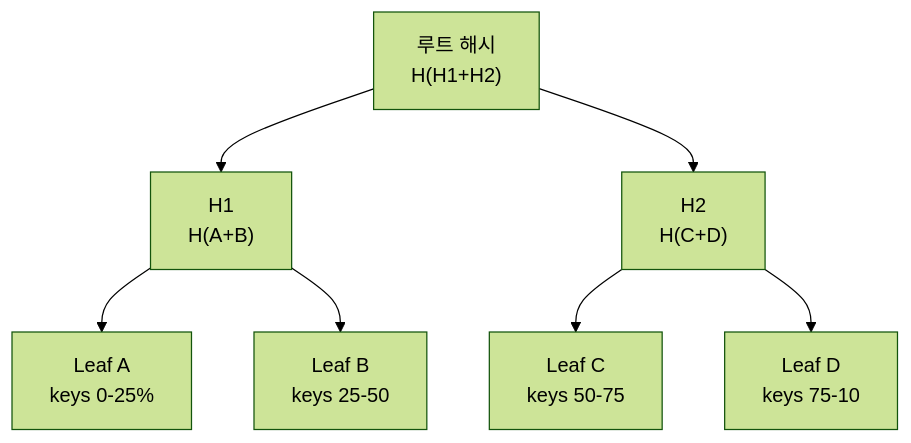
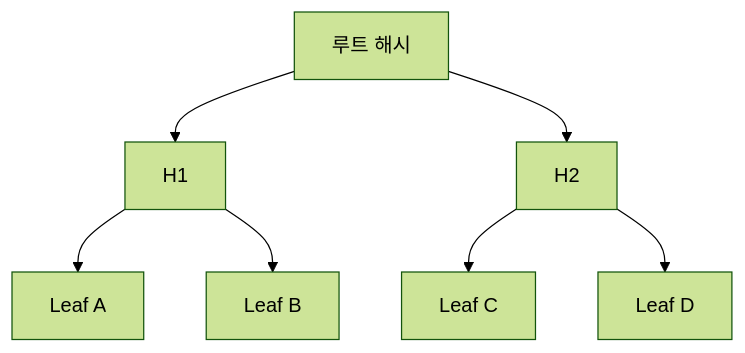
One commit to yjkim2015/yjkim2015.github.io changed the fourth of 8 diagrams in _posts/systemdesign/2026-05-03-system-design-kv-store.md. Above: the diagram before and after it, drawn with Mermaid (forest theme). The commit also changed other lines of this file and 217 other files, not shown here.

First line of the commit message:
Mermaid 크기 수정: useMaxWidth:true + SVG max-width:100% + 라벨 축소

````diff
--- a/_posts/systemdesign/2026-05-03-system-design-kv-store.md
+++ b/_posts/systemdesign/2026-05-03-system-design-kv-store.md
@@ -337,9 +337,9 @@
 ```mermaid
 graph TD
-    R["루트 해시\nH(H1+H2)"] --> H1["H1\nH(A+B)"]
-    R --> H2["H2\nH(C+D)"]
-    H1 --> A["Leaf A\nkeys 0-25%"]
-    H1 --> B["Leaf B\nkeys 25-50"]
-    H2 --> C["Leaf C\nkeys 50-75"]
-    H2 --> D["Leaf D\nkeys 75-10"]
+    R["루트 해시"] --> H1["H1"]
+    R --> H2["H2"]
+    H1 --> A["Leaf A"]
+    H1 --> B["Leaf B"]
+    H2 --> C["Leaf C"]
+    H2 --> D["Leaf D"]
 ```
````
